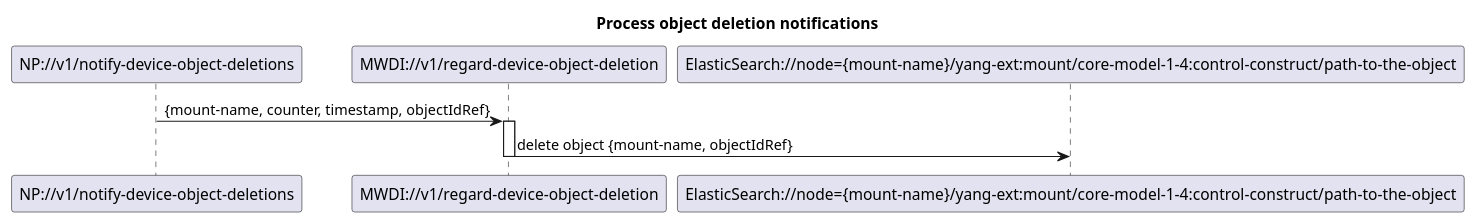
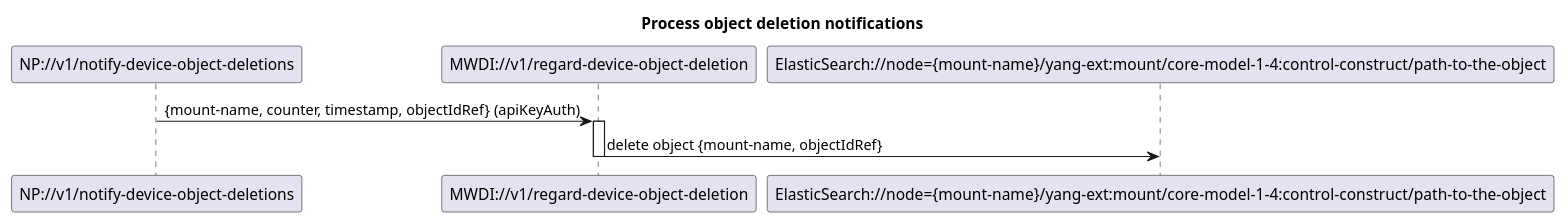
Before and after one commit to openBackhaul/MicroWaveDeviceInventory: the diagram in spec/diagrams/026_NotificationBasedObjectDeletion.plantuml, drawn with PlantUML. The commit also changed 9 other files, not shown here.

Commit message:
Update ServiceList based on diagrams

```diff
--- a/spec/diagrams/026_NotificationBasedObjectDeletion.plantuml
+++ b/spec/diagrams/026_NotificationBasedObjectDeletion.plantuml
@@ -1,16 +1,16 @@
 @startuml 026_NotificationBasedObjectCreation
 skinparam responseMessageBelowArrow true
 
 title Process object deletion notifications
 
 participant "NP://v1/notify-device-object-deletions" as subscription
 participant "MWDI://v1/regard-device-object-deletion" as regardObjectDeletion
 participant "ElasticSearch://node={mount-name}/yang-ext:mount/core-model-1-4:control-construct/path-to-the-object" as es
 
-subscription -> regardObjectDeletion: {mount-name, counter, timestamp, objectIdRef}
+subscription -> regardObjectDeletion: {mount-name, counter, timestamp, objectIdRef} (apiKeyAuth)
 activate regardObjectDeletion
 
 regardObjectDeletion -> es: delete object {mount-name, objectIdRef}
 deactivate regardObjectDeletion
 
 @enduml
```
